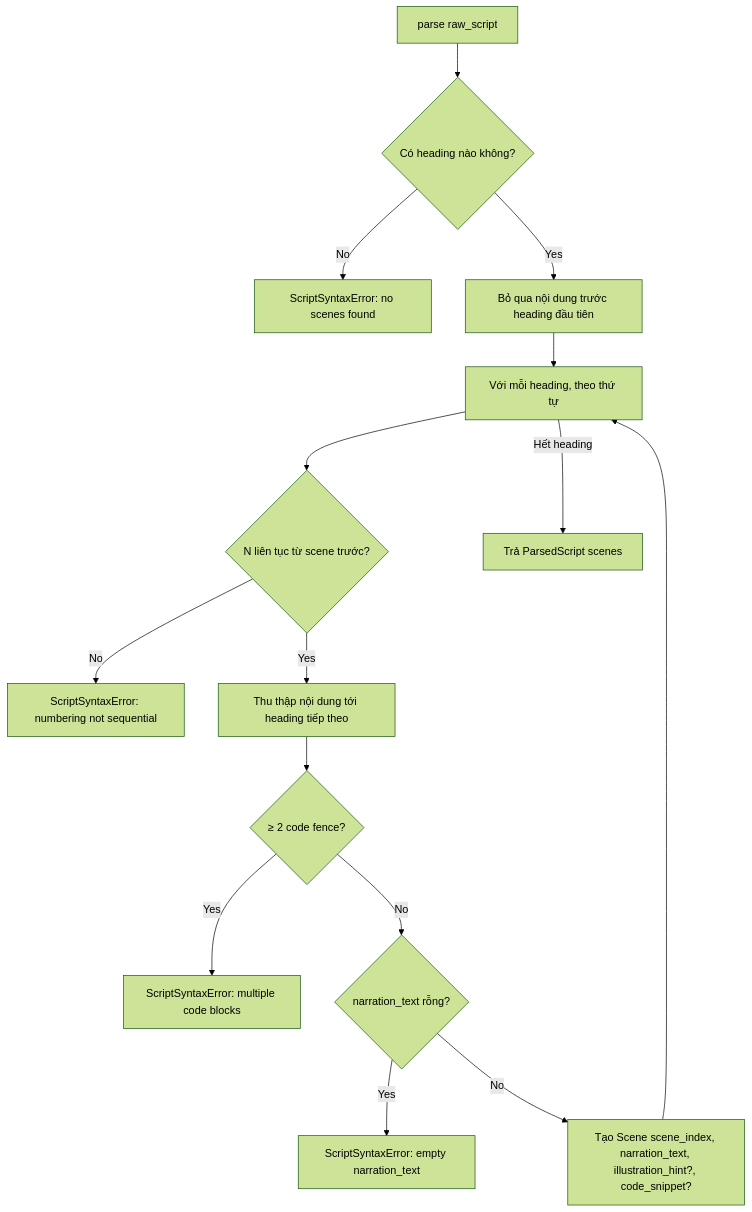
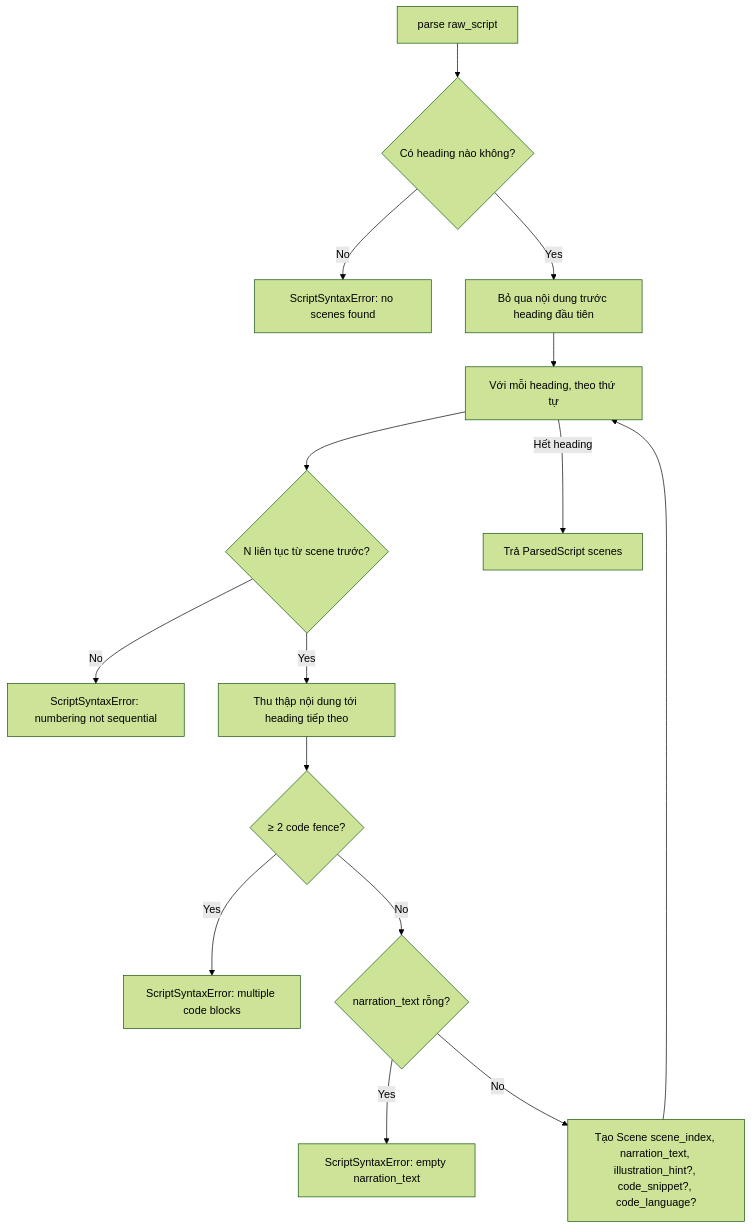
One commit to ngoc31031997/ConceptFlow changed the diagram in aidlc-docs/construction/script-processing-service/functional-design/business-logic-model.md. Above: the diagram before and after it, drawn with Mermaid (forest theme). The commit also changed other lines of this file and 15 other files, not shown here.

First line of the commit message:
Fix Scene.code_language gap discovered during Unit 5 design

````diff
--- a/aidlc-docs/construction/script-processing-service/functional-design/business-logic-model.md
+++ b/aidlc-docs/construction/script-processing-service/functional-design/business-logic-model.md
@@ -27,17 +27,17 @@
 ```mermaid
 flowchart TD
     A[parse raw_script] --> B{Có heading nào không?}
     B -- No --> B1[ScriptSyntaxError: no scenes found]
     B -- Yes --> C[Bỏ qua nội dung trước heading đầu tiên]
     C --> D[Với mỗi heading, theo thứ tự]
     D --> E{N liên tục từ scene trước?}
     E -- No --> E1[ScriptSyntaxError: numbering not sequential]
     E -- Yes --> F[Thu thập nội dung tới heading tiếp theo]
     F --> G{≥ 2 code fence?}
     G -- Yes --> G1[ScriptSyntaxError: multiple code blocks]
     G -- No --> H{narration_text rỗng?}
     H -- Yes --> H1[ScriptSyntaxError: empty narration_text]
-    H -- No --> I[Tạo Scene scene_index, narration_text, illustration_hint?, code_snippet?]
+    H -- No --> I[Tạo Scene scene_index, narration_text, illustration_hint?, code_snippet?, code_language?]
     I --> D
     D -- Hết heading --> J[Trả ParsedScript scenes]
 ```
````
